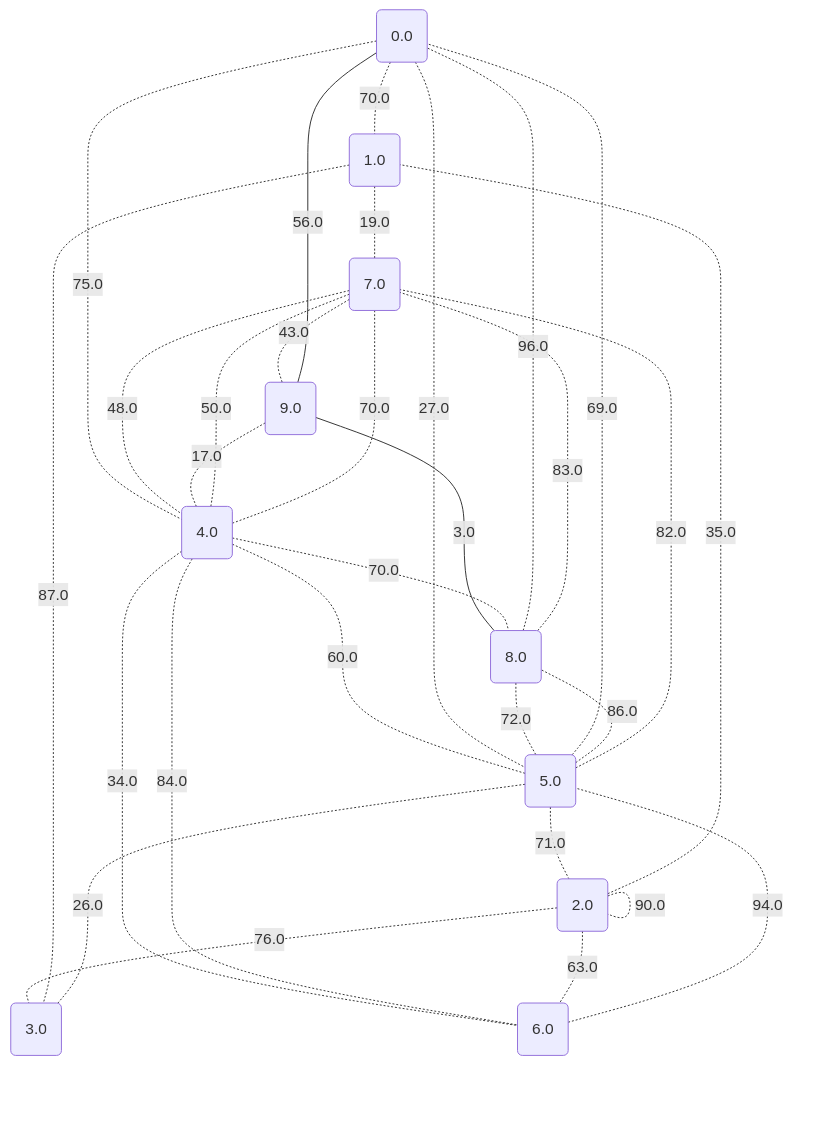
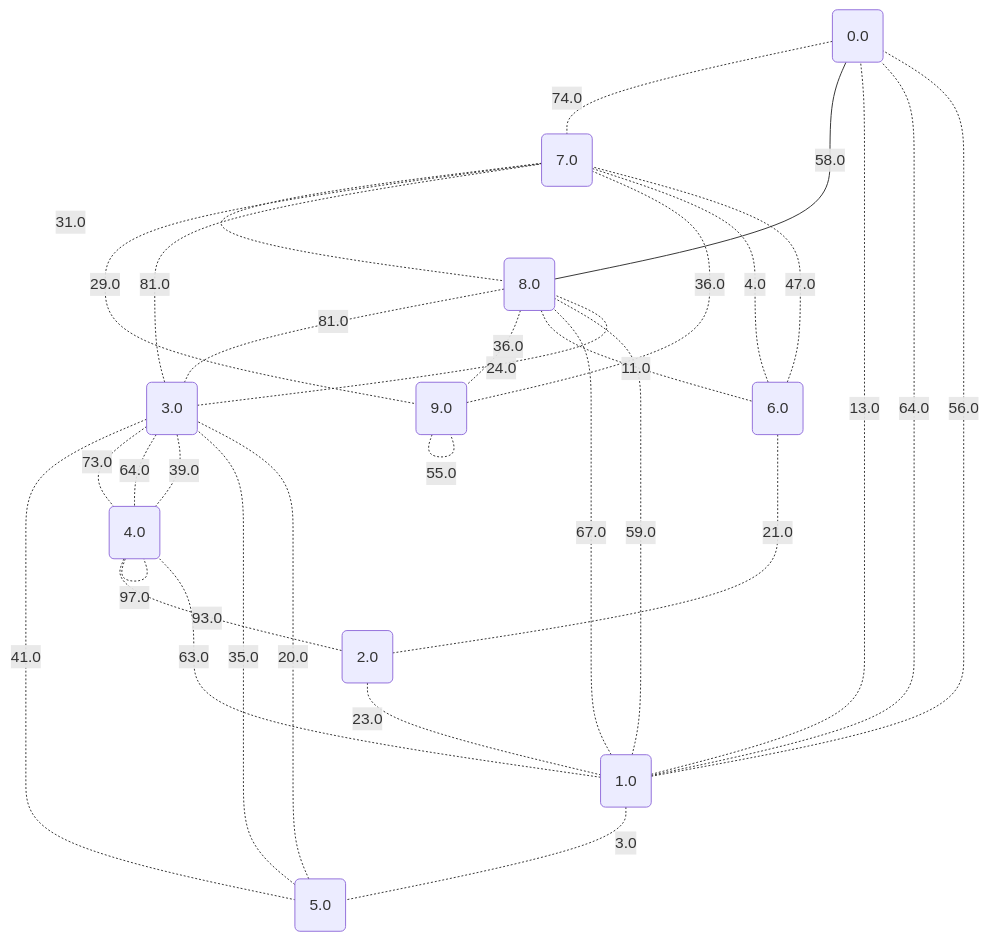
One commit to metury/graphs changed the tenth of 11 diagrams in project/src/testing/showcase/dijkstra.md. Above: the diagram before and after it, drawn with Mermaid. The commit also changed other lines of this file and 33 other files, not shown here.

````diff
--- a/project/src/testing/showcase/dijkstra.md
+++ b/project/src/testing/showcase/dijkstra.md
@@ -421,43 +421,43 @@
 ```mermaid
 graph TD;
 	0("0.0");
 	1("1.0");
 	2("2.0");
 	3("3.0");
 	4("4.0");
 	5("5.0");
 	6("6.0");
 	7("7.0");
 	8("8.0");
 	9("9.0");
-	6 -. "94.0" -.- 5;
-	4 -. "34.0" -.- 6;
-	2 -. "76.0" -.- 3;
-	4 -. "84.0" -.- 6;
-	4 -. "50.0" -.- 7;
-	7 -. "43.0" -.- 9;
-	4 -. "60.0" -.- 5;
-	0 -. "70.0" -.- 1;
-	0 -. "75.0" -.- 4;
-	5 -. "71.0" -.- 2;
-	2 -. "25.0" -.- 2;
-	1 -. "87.0" -.- 3;
-	2 -. "35.0" -.- 1;
-	9 -- "3.0" --- 8;
-	8 -. "96.0" -.- 0;
-	4 -. "70.0" -.- 7;
-	2 -. "63.0" -.- 6;
-	8 -. "83.0" -.- 7;
-	5 -. "26.0" -.- 3;
-	7 -. "48.0" -.- 4;
-	1 -. "19.0" -.- 7;
-	0 -. "27.0" -.- 5;
-	8 -. "72.0" -.- 5;
-	9 -- "56.0" --- 0;
-	5 -. "69.0" -.- 0;
-	9 -. "17.0" -.- 4;
-	4 -. "70.0" -.- 8;
-	2 -. "90.0" -.- 2;
-	5 -. "86.0" -.- 8;
-	5 -. "82.0" -.- 7;
+	9 -. "55.0" -.- 9;
+	8 -. "81.0" -.- 3;
+	3 -. "81.0" -.- 7;
+	1 -. "3.0" -.- 5;
+	1 -. "13.0" -.- 0;
+	3 -. "41.0" -.- 5;
+	0 -. "74.0" -.- 7;
+	5 -. "35.0" -.- 3;
+	3 -. "73.0" -.- 4;
+	3 -. "64.0" -.- 4;
+	7 -. "31.0" -.- 8;
+	7 -. "29.0" -.- 9;
+	6 -. "4.0" -.- 7;
+	8 -. "36.0" -.- 9;
+	3 -. "39.0" -.- 4;
+	6 -. "21.0" -.- 2;
+	9 -. "36.0" -.- 7;
+	2 -. "23.0" -.- 1;
+	3 -. "24.0" -.- 8;
+	4 -. "97.0" -.- 4;
+	1 -. "63.0" -.- 4;
+	1 -. "64.0" -.- 0;
+	4 -. "93.0" -.- 2;
+	1 -. "56.0" -.- 0;
+	0 -- "58.0" --- 8;
+	8 -. "11.0" -.- 6;
+	1 -. "59.0" -.- 8;
+	5 -. "20.0" -.- 3;
+	6 -. "47.0" -.- 7;
+	8 -. "67.0" -.- 1;
 ```
````
